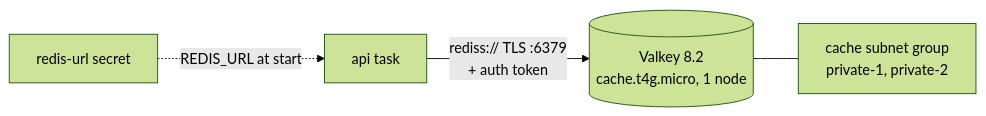
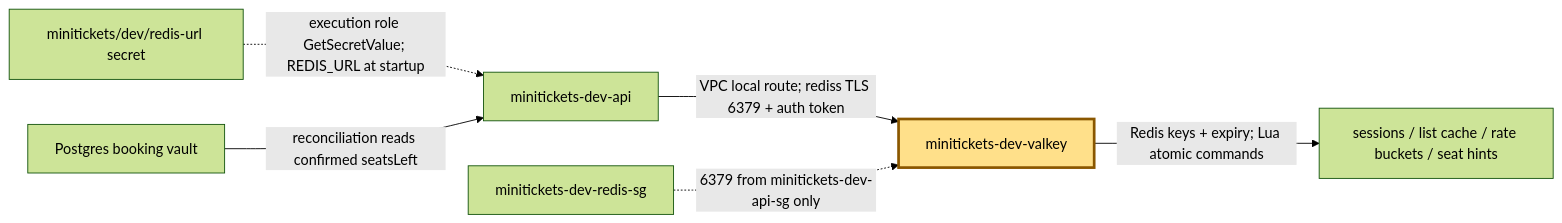
Before and after one commit to maheshnd/minitickets: the first of 2 diagrams in docs/handbook/concepts/elasticache-valkey.md, drawn with Mermaid (forest theme). The commit also changed other lines of this file and 43 other files, not shown here.

````diff
--- a/docs/handbook/concepts/elasticache-valkey.md
+++ b/docs/handbook/concepts/elasticache-valkey.md
@@ -19,6 +13,10 @@
 ```mermaid
 flowchart LR
-    api["api task"] -->|"rediss:// TLS :6379<br/>+ auth token"| vk[("Valkey 8.2<br/>cache.t4g.micro, 1 node")]
-    vk --- sg["cache subnet group<br/>private-1, private-2"]
-    sec["redis-url secret"] -.->|"REDIS_URL at start"| api
+    A["minitickets-dev-api"] -->|"VPC local route; rediss TLS 6379 + auth token"| V["minitickets-dev-valkey"]
+    SG["minitickets-dev-redis-sg"] -.->|"6379 from minitickets-dev-api-sg only"| V
+    S["minitickets/dev/redis-url secret"] -.->|"execution role GetSecretValue; REDIS_URL at startup"| A
+    V -->|"Redis keys + expiry; Lua atomic commands"| K["sessions / list cache / rate buckets / seat hints"]
+    D["Postgres booking vault"] -->|"reconciliation reads confirmed seatsLeft"| A
+    classDef focus fill:#ffe08a,stroke:#8a5700,stroke-width:3px
+    class V focus
 ```
````
